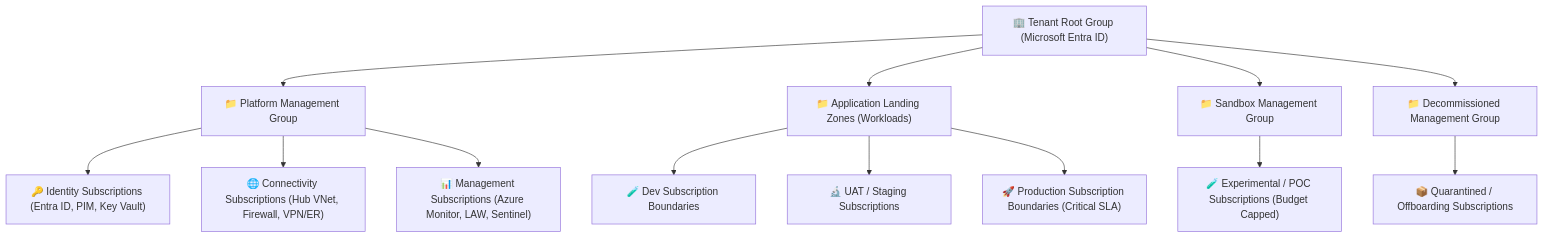
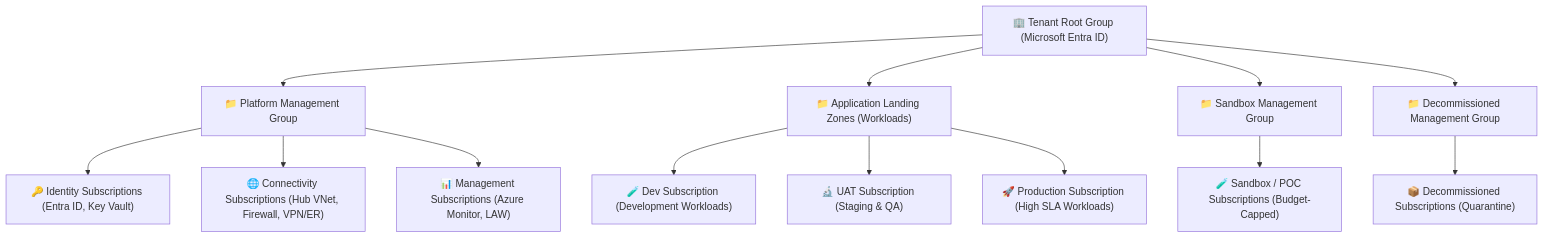
The first of 6 diagrams in README.md (simikamble/simikamble), drawn with Mermaid before and after one commit. The commit also changed other lines of this file, not shown here.

Commit message:
refactor: align profile tone and designation to 3 years hands-on DevOps Engineer

````diff
--- a/README.md
+++ b/README.md
@@ -65,20 +67,20 @@
 ```mermaid
 graph TD
     Root["🏢 Tenant Root Group (Microsoft Entra ID)"]
     
     Root --> Platform["📁 Platform Management Group"]
     Root --> LandingZones["📁 Application Landing Zones (Workloads)"]
     Root --> Sandbox["📁 Sandbox Management Group"]
     Root --> Decom["📁 Decommissioned Management Group"]
     
-    Platform --> SubIdentity["🔑 Identity Subscriptions (Entra ID, PIM, Key Vault)"]
+    Platform --> SubIdentity["🔑 Identity Subscriptions (Entra ID, Key Vault)"]
     Platform --> SubConnectivity["🌐 Connectivity Subscriptions (Hub VNet, Firewall, VPN/ER)"]
-    Platform --> SubManagement["📊 Management Subscriptions (Azure Monitor, LAW, Sentinel)"]
+    Platform --> SubManagement["📊 Management Subscriptions (Azure Monitor, LAW)"]
     
-    LandingZones --> SubDev["🧪 Dev Subscription Boundaries"]
-    LandingZones --> SubUAT["🔬 UAT / Staging Subscriptions"]
-    LandingZones --> SubProd["🚀 Production Subscription Boundaries (Critical SLA)"]
+    LandingZones --> SubDev["🧪 Dev Subscription (Development Workloads)"]
+    LandingZones --> SubUAT["🔬 UAT Subscription (Staging & QA)"]
+    LandingZones --> SubProd["🚀 Production Subscription (High SLA Workloads)"]
     
-    Sandbox --> SubPOC["🧪 Experimental / POC Subscriptions (Budget Capped)"]
-    Decom --> SubArchive["📦 Quarantined / Offboarding Subscriptions"]
+    Sandbox --> SubPOC["🧪 Sandbox / POC Subscriptions (Budget-Capped)"]
+    Decom --> SubArchive["📦 Decommissioned Subscriptions (Quarantine)"]
 ```
````
